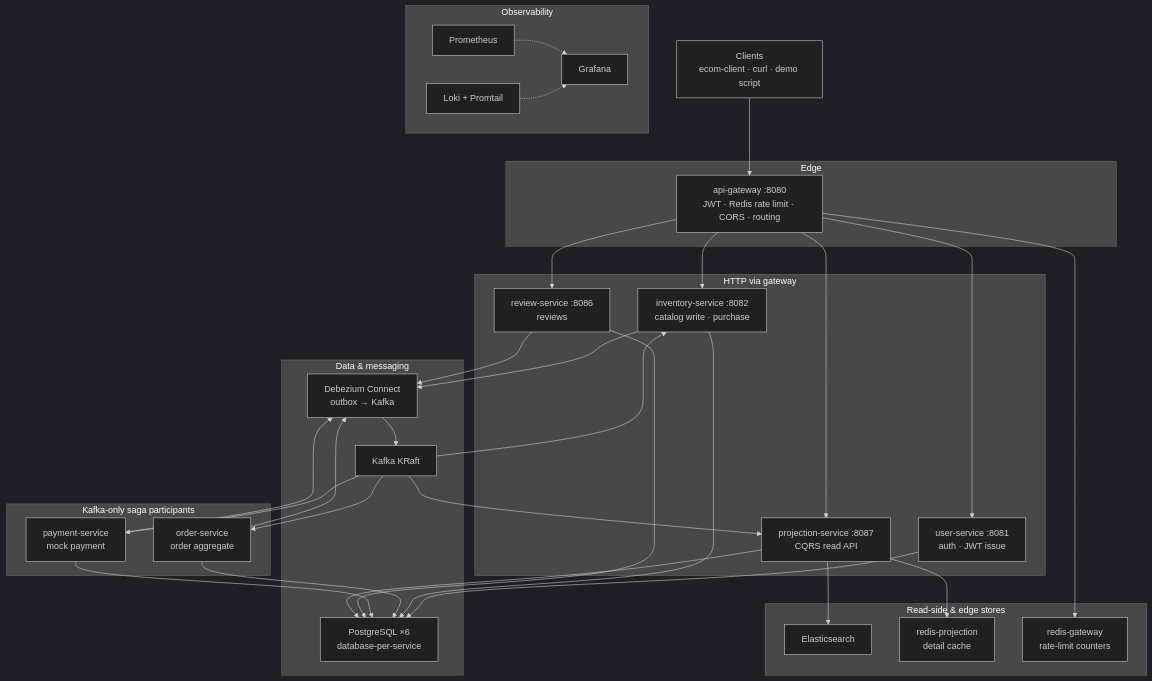
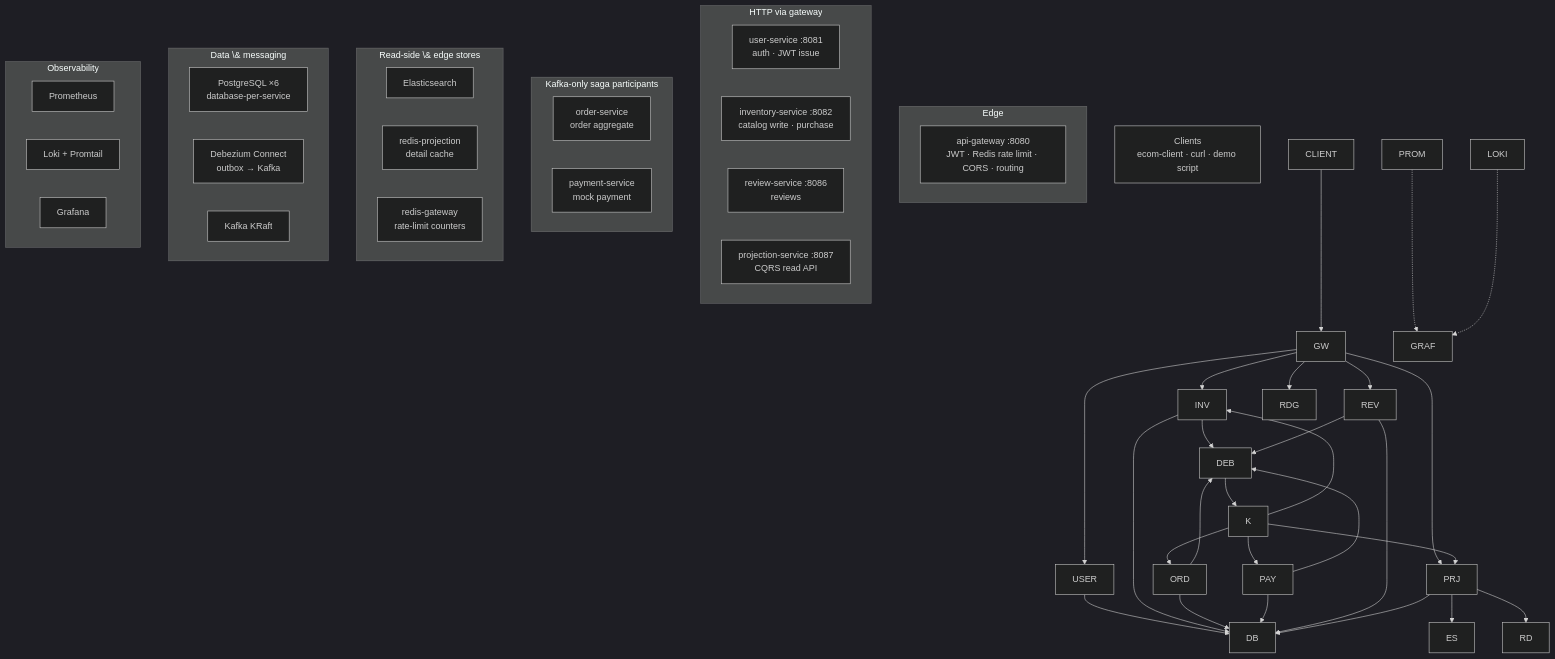
Before and after one commit to saidurgaprasad44/Java-Full-Stack: the first of 2 diagrams in Java Full Stack/System Design/Case Studies/ecom/README.md, drawn with Mermaid (dark theme). The commit also changed other lines of this file and 16 other files, not shown here.

````diff
--- a/Java Full Stack/System Design/Case Studies/ecom/README.md
+++ b/Java Full Stack/System Design/Case Studies/ecom/README.md
@@ -63,68 +65,68 @@
 ```mermaid
 flowchart TB
-  CLIENT["Clients<br/>ecom-client · curl · demo script"]
+  CLIENT\["Clients<br/>ecom-client · curl · demo script"]
 
-  subgraph edge["Edge"]
-    GW["api-gateway :8080<br/>JWT · Redis rate limit · CORS · routing"]
+  subgraph edge\["Edge"]
+    GW\["api-gateway :8080<br/>JWT · Redis rate limit · CORS · routing"]
   end
 
-  subgraph http["HTTP via gateway"]
-    USER["user-service :8081<br/>auth · JWT issue"]
-    INV["inventory-service :8082<br/>catalog write · purchase"]
-    REV["review-service :8086<br/>reviews"]
-    PRJ["projection-service :8087<br/>CQRS read API"]
+  subgraph http\["HTTP via gateway"]
+    USER\["user-service :8081<br/>auth · JWT issue"]
+    INV\["inventory-service :8082<br/>catalog write · purchase"]
+    REV\["review-service :8086<br/>reviews"]
+    PRJ\["projection-service :8087<br/>CQRS read API"]
   end
 
-  subgraph saga["Kafka-only saga participants"]
-    ORD["order-service<br/>order aggregate"]
-    PAY["payment-service<br/>mock payment"]
+  subgraph saga\["Kafka-only saga participants"]
+    ORD\["order-service<br/>order aggregate"]
+    PAY\["payment-service<br/>mock payment"]
   end
 
-  subgraph readstore["Read-side & edge stores"]
-    ES["Elasticsearch"]
-    RD["redis-projection<br/>detail cache"]
-    RDG["redis-gateway<br/>rate-limit counters"]
+  subgraph readstore\["Read-side \& edge stores"]
+    ES\["Elasticsearch"]
+    RD\["redis-projection<br/>detail cache"]
+    RDG\["redis-gateway<br/>rate-limit counters"]
   end
 
-  subgraph data["Data & messaging"]
-    DB["PostgreSQL ×6<br/>database-per-service"]
-    DEB["Debezium Connect<br/>outbox → Kafka"]
-    K["Kafka KRaft"]
+  subgraph data\["Data \& messaging"]
+    DB\["PostgreSQL ×6<br/>database-per-service"]
+    DEB\["Debezium Connect<br/>outbox → Kafka"]
+    K\["Kafka KRaft"]
   end
 
-  subgraph obs["Observability"]
-    PROM["Prometheus"]
-    LOKI["Loki + Promtail"]
-    GRAF["Grafana"]
+  subgraph obs\["Observability"]
+    PROM\["Prometheus"]
+    LOKI\["Loki + Promtail"]
+    GRAF\["Grafana"]
   end
 
   CLIENT --> GW
   GW --> USER
   GW --> INV
   GW --> REV
   GW --> PRJ
   GW --> RDG
 
   USER --> DB
   INV --> DB
   ORD --> DB
   PAY --> DB
   REV --> DB
   PRJ --> DB
   PRJ --> ES
   PRJ --> RD
 
   INV --> DEB
   ORD --> DEB
   PAY --> DEB
   REV --> DEB
   DEB --> K
 
   K --> ORD
   K --> PAY
   K --> PRJ
   K --> INV
 
   PROM -.-> GRAF
   LOKI -.-> GRAF
 ```
````
